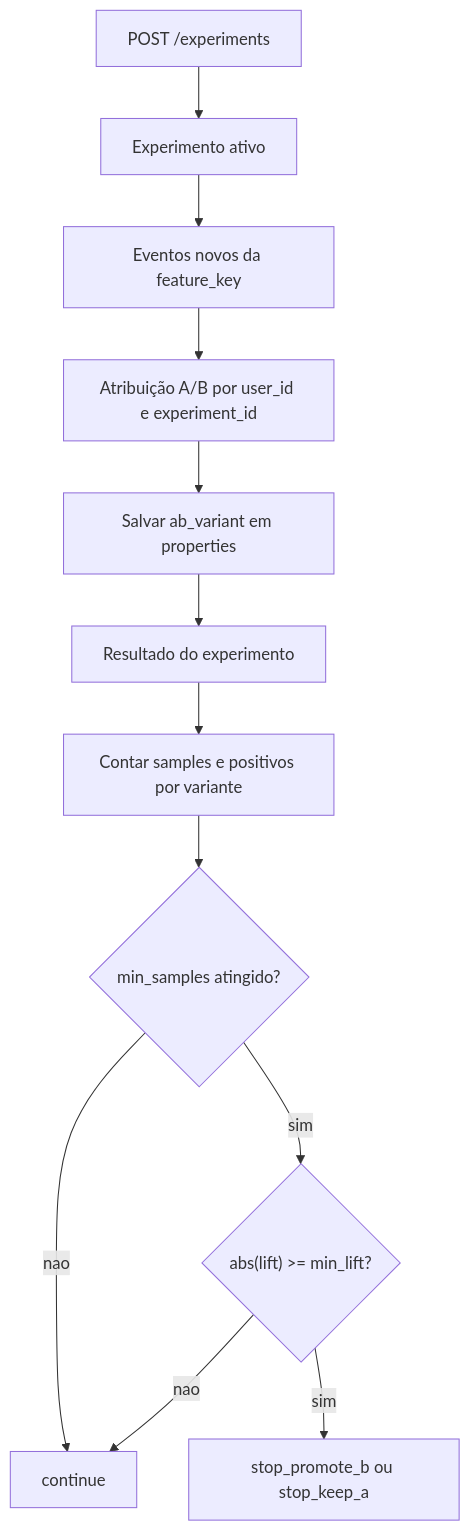
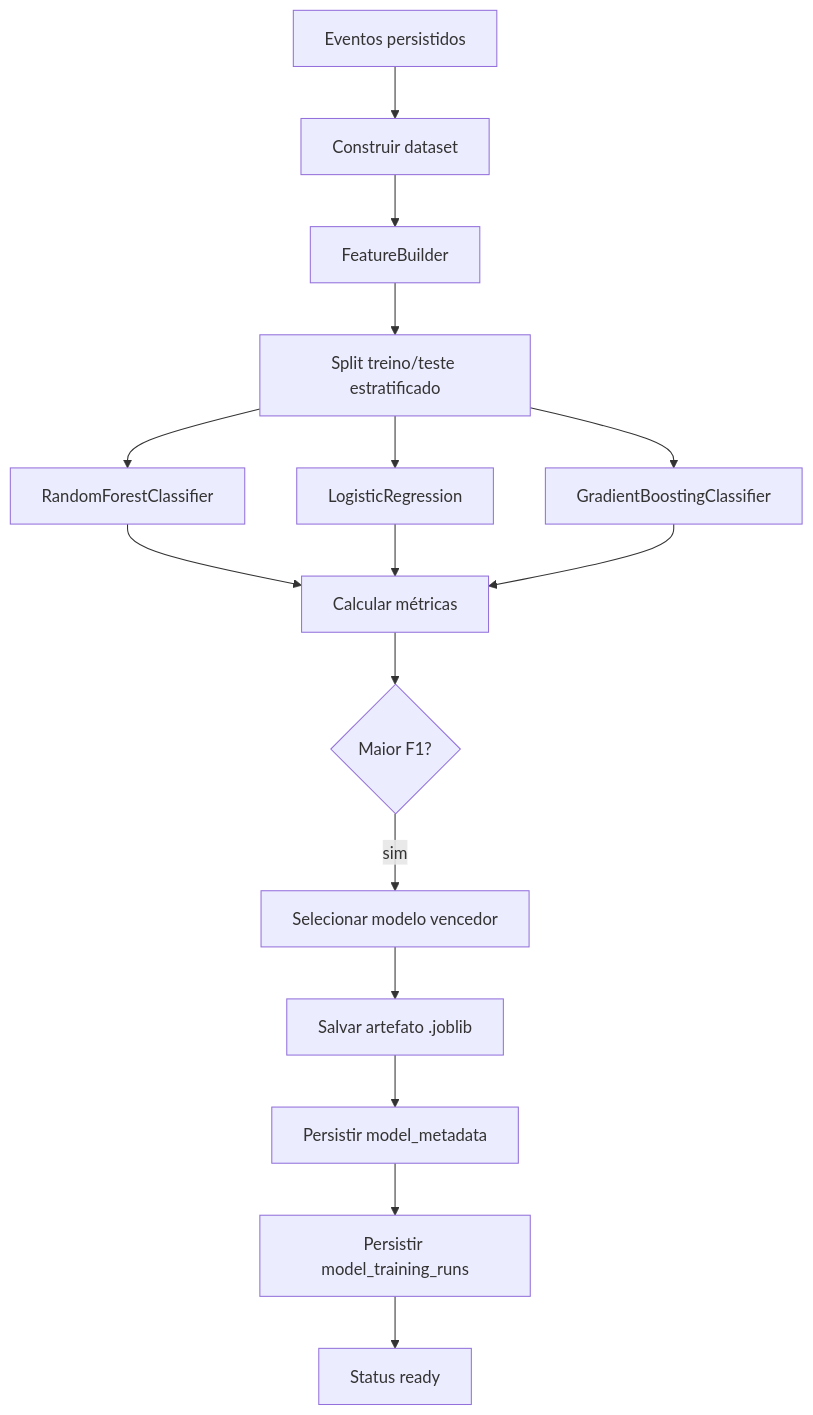
Before and after one commit to MariaCarolinass/adaptive-feature-flags: the second of 3 diagrams in RELATORIO_ML.md, drawn with Mermaid. The commit also changed other lines of this file, not shown here.

````diff
--- a/RELATORIO_ML.md
+++ b/RELATORIO_ML.md
@@ -228,14 +369,18 @@
 ```mermaid
 flowchart TD
-    A["POST /experiments"] --> B["Experimento ativo"]
-    B --> C["Eventos novos da feature_key"]
-    C --> D["Atribuição A/B por user_id e experiment_id"]
-    D --> E["Salvar ab_variant em properties"]
-    E --> F["Resultado do experimento"]
-    F --> G["Contar samples e positivos por variante"]
-    G --> H{"min_samples atingido?"}
-    H -- nao --> I["continue"]
-    H -- sim --> J{"abs(lift) >= min_lift?"}
-    J -- nao --> I
-    J -- sim --> K["stop_promote_b ou stop_keep_a"]
+    A["Eventos persistidos"] --> B["Construir dataset"]
+    B --> C["FeatureBuilder"]
+    C --> D["Split treino/teste estratificado"]
+    D --> E["RandomForestClassifier"]
+    D --> F["LogisticRegression"]
+    D --> G["GradientBoostingClassifier"]
+    E --> H["Calcular métricas"]
+    F --> H
+    G --> H
+    H --> I{"Maior F1?"}
+    I -- sim --> J["Selecionar modelo vencedor"]
+    J --> K["Salvar artefato .joblib"]
+    K --> L["Persistir model_metadata"]
+    L --> M["Persistir model_training_runs"]
+    M --> N["Status ready"]
 ```
````
